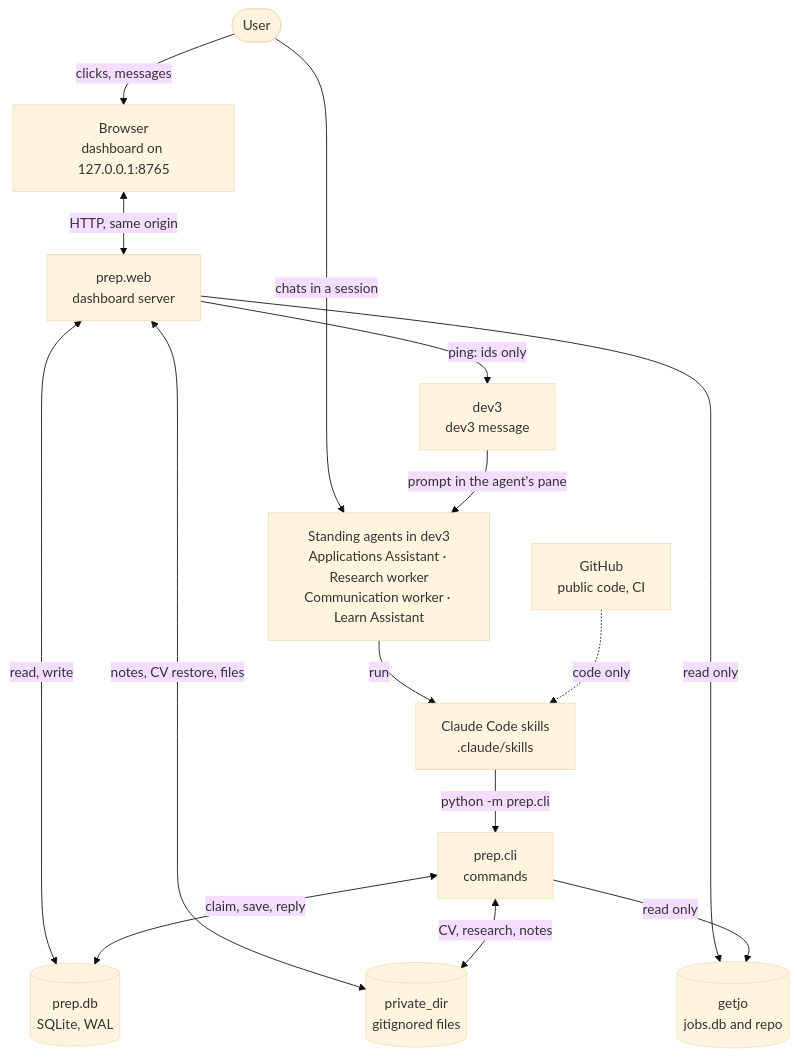
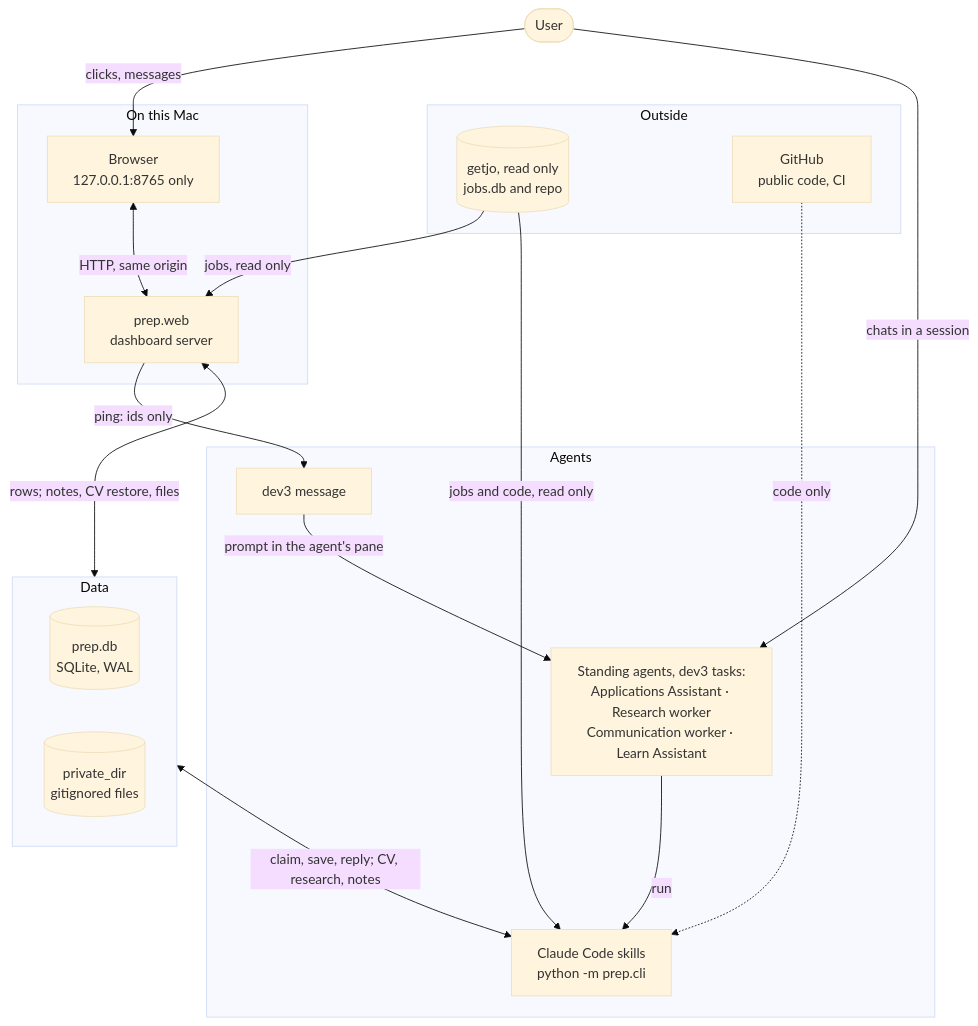
One commit to Pavlana/hirey changed the first of 9 diagrams in docs/how-it-works.md. Above: the diagram before and after it, drawn with Mermaid (base theme).

Commit message:
Docs: system diagram in four groups, fewer crossings

````diff
--- a/docs/how-it-works.md
+++ b/docs/how-it-works.md
@@ -39,29 +39,33 @@
 ```mermaid
 flowchart TD
     user(["User"])
-    browser["Browser<br/>dashboard on 127.0.0.1:8765"]
-    web["prep.web<br/>dashboard server"]
-    dev3["dev3<br/>dev3 message"]
-    agents["Standing agents in dev3<br/>Applications Assistant · Research worker<br/>Communication worker · Learn Assistant"]
-    skills["Claude Code skills<br/>.claude/skills"]
-    cli["prep.cli<br/>commands"]
-    db[("prep.db<br/>SQLite, WAL")]
-    priv[("private_dir<br/>gitignored files")]
-    getjo[("getjo<br/>jobs.db and repo")]
-    gh["GitHub<br/>public code, CI"]
+    subgraph outside["Outside"]
+        getjo[("getjo, read only<br/>jobs.db and repo")]
+        gh["GitHub<br/>public code, CI"]
+    end
+    subgraph mac["On this Mac"]
+        browser["Browser<br/>127.0.0.1:8765 only"]
+        web["prep.web<br/>dashboard server"]
+    end
+    subgraph data["Data"]
+        db[("prep.db<br/>SQLite, WAL")]
+        priv[("private_dir<br/>gitignored files")]
+    end
+    subgraph agents["Agents"]
+        dev3["dev3 message"]
+        standing["Standing agents, dev3 tasks:<br/>Applications Assistant · Research worker<br/>Communication worker · Learn Assistant"]
+        skills["Claude Code skills<br/>python -m prep.cli"]
+    end
 
     user -->|"clicks, messages"| browser
-    user -->|"chats in a session"| agents
+    user -->|"chats in a session"| standing
     browser <-->|"HTTP, same origin"| web
     web -->|"ping: ids only"| dev3
-    dev3 -->|"prompt in the agent's pane"| agents
-    agents -->|"run"| skills
-    skills -->|"python -m prep.cli"| cli
-    web <-->|"read, write"| db
-    cli <-->|"claim, save, reply"| db
-    web <-->|"notes, CV restore, files"| priv
-    cli <-->|"CV, research, notes"| priv
-    web -->|"read only"| getjo
-    cli -->|"read only"| getjo
+    dev3 -->|"prompt in the agent's pane"| standing
+    standing -->|"run"| skills
+    web <-->|"rows; notes, CV restore, files"| data
+    data <-->|"claim, save, reply; CV, research, notes"| skills
+    getjo -->|"jobs, read only"| web
+    getjo -->|"jobs and code, read only"| skills
     gh -.->|"code only"| skills
 ```
````
